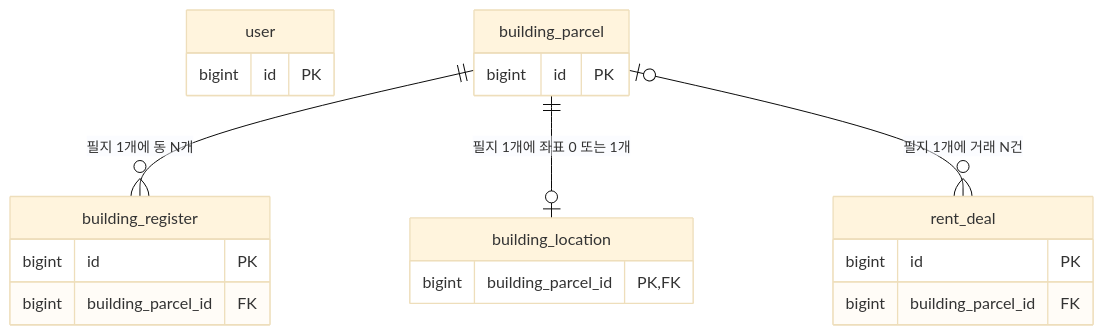
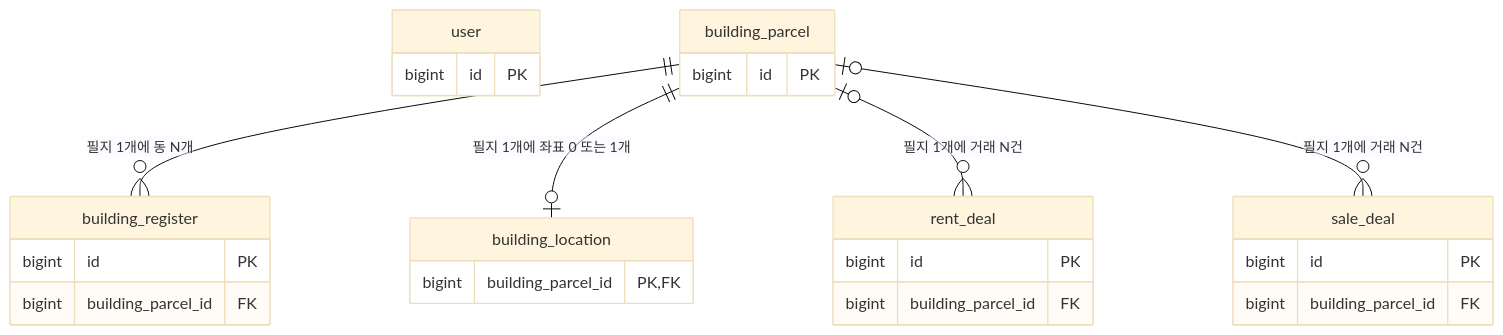
The first of 7 diagrams in docs/erd.md (f-lab-edu/jipsee), drawn with Mermaid (base theme) before and after one commit. The commit also changed other lines of this file, not shown here.

Commit message:
docs: sale_deal ERD 추가

````diff
--- a/docs/erd.md
+++ b/docs/erd.md
@@ -5,23 +5,28 @@
 ```mermaid
 erDiagram
     user {
         bigint id PK
     }
     building_parcel ||--o{ building_register : "필지 1개에 동 N개"
     building_parcel {
         bigint id PK
     }
     building_register {
         bigint id PK
         bigint building_parcel_id FK
     }
     building_parcel ||--o| building_location : "필지 1개에 좌표 0 또는 1개"
     building_location {
         bigint building_parcel_id PK, FK
     }
     building_parcel |o--o{ rent_deal : "필지 1개에 거래 N건"
     rent_deal {
         bigint id PK
         bigint building_parcel_id FK
     }
+    building_parcel |o--o{ sale_deal : "필지 1개에 거래 N건"
+    sale_deal {
+        bigint id PK
+        bigint building_parcel_id FK
+    }
 ```
````
